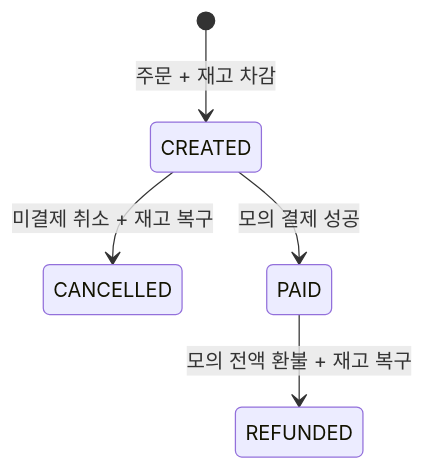
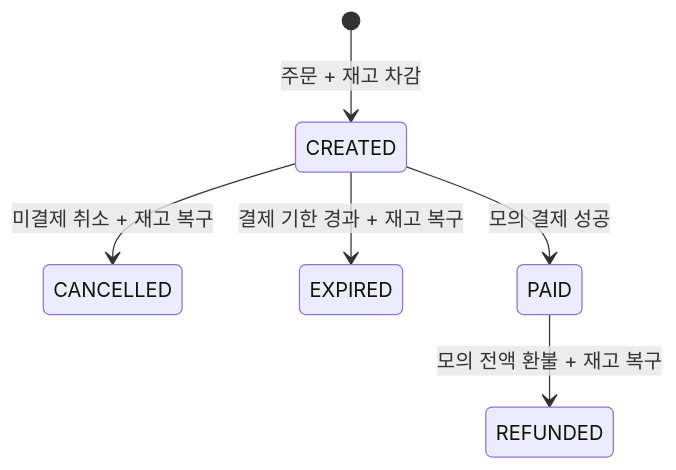
One commit to zeroziba9-hash/order-stock-service changed the second of 2 diagrams in docs/portfolio.md. Above: the diagram before and after it, drawn with Mermaid. The commit also changed other lines of this file and 32 other files, not shown here.

````diff
--- a/docs/portfolio.md
+++ b/docs/portfolio.md
@@ -54,7 +54,8 @@
 ```mermaid
 stateDiagram-v2
     [*] --> CREATED: 주문 + 재고 차감
     CREATED --> CANCELLED: 미결제 취소 + 재고 복구
+    CREATED --> EXPIRED: 결제 기한 경과 + 재고 복구
     CREATED --> PAID: 모의 결제 성공
     PAID --> REFUNDED: 모의 전액 환불 + 재고 복구
 ```
````
